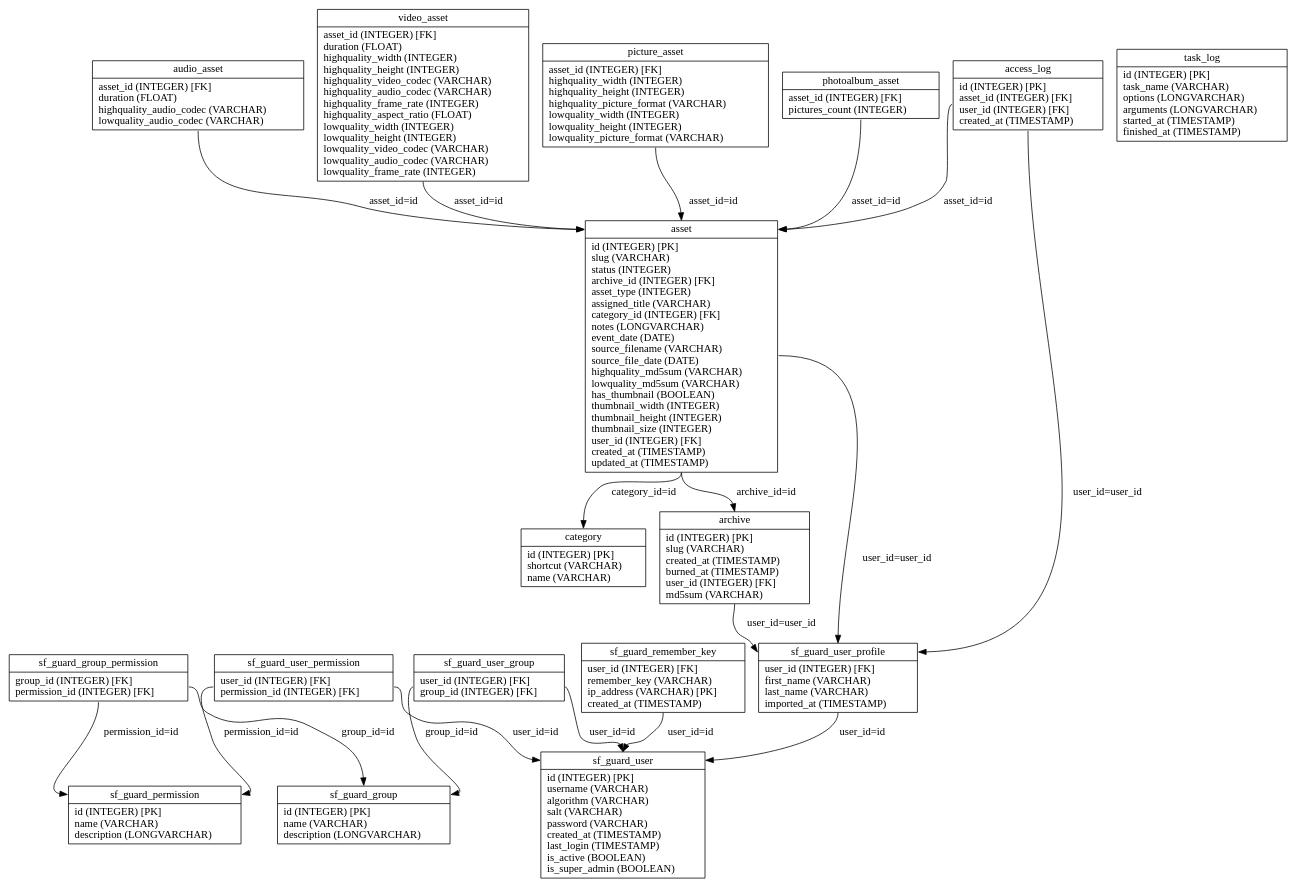
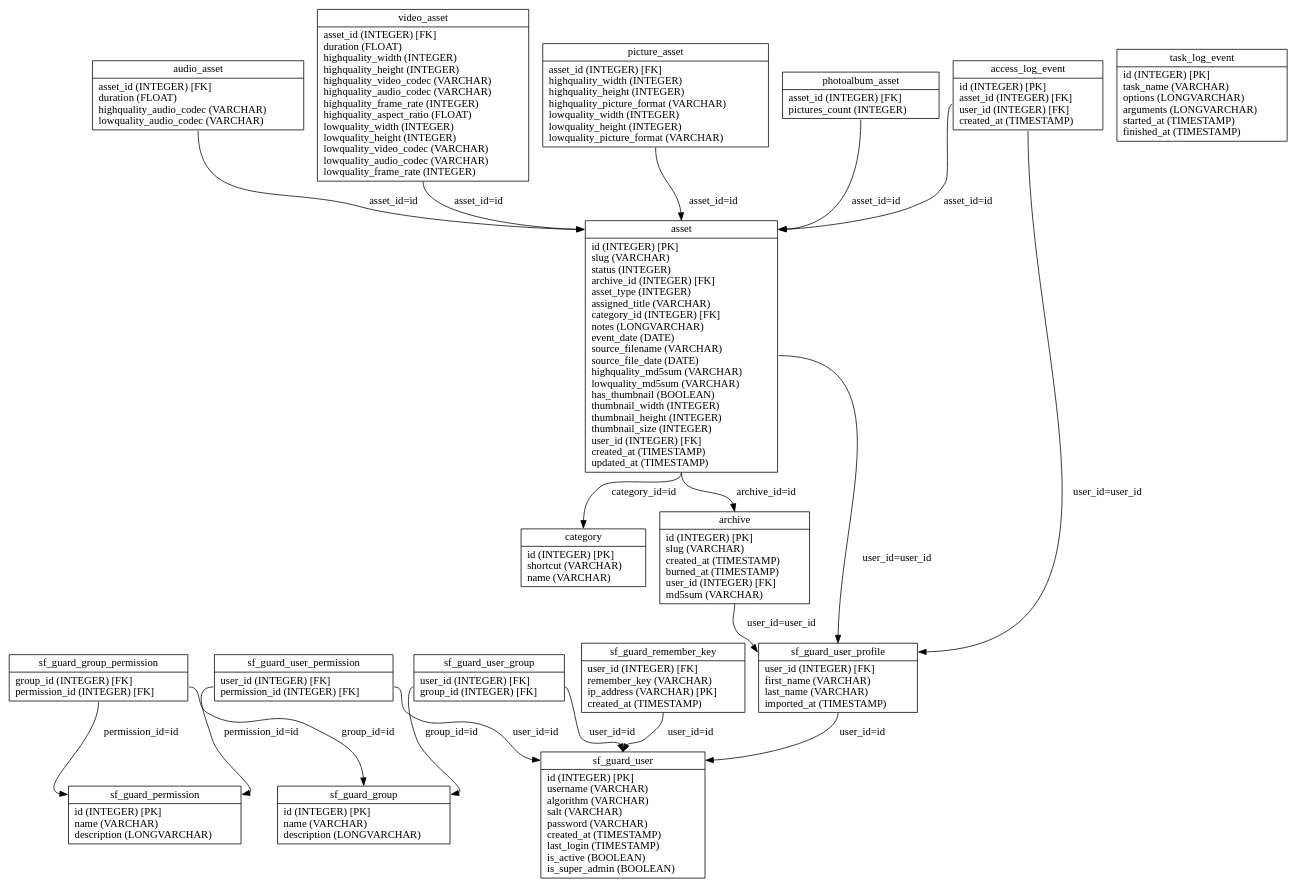
Before and after one commit to loristissino/wviola: the diagram in graph/propel.schema.dot, drawn with Graphviz. The commit also changed 14 other files, not shown here.

```diff
--- a/graph/propel.schema.dot
+++ b/graph/propel.schema.dot
@@ -1,38 +1,38 @@
 digraph G {
 nodesf_guard_group [label="{<table>sf_guard_group|<cols>id (INTEGER) [PK]\lname (VARCHAR)\ldescription (LONGVARCHAR)\l}", shape=record];
 nodesf_guard_permission [label="{<table>sf_guard_permission|<cols>id (INTEGER) [PK]\lname (VARCHAR)\ldescription (LONGVARCHAR)\l}", shape=record];
 nodesf_guard_group_permission [label="{<table>sf_guard_group_permission|<cols>group_id (INTEGER) [FK]\lpermission_id (INTEGER) [FK]\l}", shape=record];
 nodesf_guard_user [label="{<table>sf_guard_user|<cols>id (INTEGER) [PK]\lusername (VARCHAR)\lalgorithm (VARCHAR)\lsalt (VARCHAR)\lpassword (VARCHAR)\lcreated_at (TIMESTAMP)\llast_login (TIMESTAMP)\lis_active (BOOLEAN)\lis_super_admin (BOOLEAN)\l}", shape=record];
 nodesf_guard_user_permission [label="{<table>sf_guard_user_permission|<cols>user_id (INTEGER) [FK]\lpermission_id (INTEGER) [FK]\l}", shape=record];
 nodesf_guard_user_group [label="{<table>sf_guard_user_group|<cols>user_id (INTEGER) [FK]\lgroup_id (INTEGER) [FK]\l}", shape=record];
 nodesf_guard_remember_key [label="{<table>sf_guard_remember_key|<cols>user_id (INTEGER) [FK]\lremember_key (VARCHAR)\lip_address (VARCHAR) [PK]\lcreated_at (TIMESTAMP)\l}", shape=record];
 nodesf_guard_user_profile [label="{<table>sf_guard_user_profile|<cols>user_id (INTEGER) [FK]\lfirst_name (VARCHAR)\llast_name (VARCHAR)\limported_at (TIMESTAMP)\l}", shape=record];
 nodeasset [label="{<table>asset|<cols>id (INTEGER) [PK]\lslug (VARCHAR)\lstatus (INTEGER)\larchive_id (INTEGER) [FK]\lasset_type (INTEGER)\lassigned_title (VARCHAR)\lcategory_id (INTEGER) [FK]\lnotes (LONGVARCHAR)\levent_date (DATE)\lsource_filename (VARCHAR)\lsource_file_date (DATE)\lhighquality_md5sum (VARCHAR)\llowquality_md5sum (VARCHAR)\lhas_thumbnail (BOOLEAN)\lthumbnail_width (INTEGER)\lthumbnail_height (INTEGER)\lthumbnail_size (INTEGER)\luser_id (INTEGER) [FK]\lcreated_at (TIMESTAMP)\lupdated_at (TIMESTAMP)\l}", shape=record];
 nodevideo_asset [label="{<table>video_asset|<cols>asset_id (INTEGER) [FK]\lduration (FLOAT)\lhighquality_width (INTEGER)\lhighquality_height (INTEGER)\lhighquality_video_codec (VARCHAR)\lhighquality_audio_codec (VARCHAR)\lhighquality_frame_rate (INTEGER)\lhighquality_aspect_ratio (FLOAT)\llowquality_width (INTEGER)\llowquality_height (INTEGER)\llowquality_video_codec (VARCHAR)\llowquality_audio_codec (VARCHAR)\llowquality_frame_rate (INTEGER)\l}", shape=record];
 nodepicture_asset [label="{<table>picture_asset|<cols>asset_id (INTEGER) [FK]\lhighquality_width (INTEGER)\lhighquality_height (INTEGER)\lhighquality_picture_format (VARCHAR)\llowquality_width (INTEGER)\llowquality_height (INTEGER)\llowquality_picture_format (VARCHAR)\l}", shape=record];
 nodephotoalbum_asset [label="{<table>photoalbum_asset|<cols>asset_id (INTEGER) [FK]\lpictures_count (INTEGER)\l}", shape=record];
 nodeaudio_asset [label="{<table>audio_asset|<cols>asset_id (INTEGER) [FK]\lduration (FLOAT)\lhighquality_audio_codec (VARCHAR)\llowquality_audio_codec (VARCHAR)\l}", shape=record];
 nodearchive [label="{<table>archive|<cols>id (INTEGER) [PK]\lslug (VARCHAR)\lcreated_at (TIMESTAMP)\lburned_at (TIMESTAMP)\luser_id (INTEGER) [FK]\lmd5sum (VARCHAR)\l}", shape=record];
 nodecategory [label="{<table>category|<cols>id (INTEGER) [PK]\lshortcut (VARCHAR)\lname (VARCHAR)\l}", shape=record];
-nodeaccess_log [label="{<table>access_log|<cols>id (INTEGER) [PK]\lasset_id (INTEGER) [FK]\luser_id (INTEGER) [FK]\lcreated_at (TIMESTAMP)\l}", shape=record];
-nodetask_log [label="{<table>task_log|<cols>id (INTEGER) [PK]\ltask_name (VARCHAR)\loptions (LONGVARCHAR)\larguments (LONGVARCHAR)\lstarted_at (TIMESTAMP)\lfinished_at (TIMESTAMP)\l}", shape=record];
+nodeaccess_log_event [label="{<table>access_log_event|<cols>id (INTEGER) [PK]\lasset_id (INTEGER) [FK]\luser_id (INTEGER) [FK]\lcreated_at (TIMESTAMP)\l}", shape=record];
+nodetask_log_event [label="{<table>task_log_event|<cols>id (INTEGER) [PK]\ltask_name (VARCHAR)\loptions (LONGVARCHAR)\larguments (LONGVARCHAR)\lstarted_at (TIMESTAMP)\lfinished_at (TIMESTAMP)\l}", shape=record];
 
 nodesf_guard_group_permission:cols -> nodesf_guard_group:table [label="group_id=id "];
 nodesf_guard_group_permission:cols -> nodesf_guard_permission:table [label="permission_id=id "];
 nodesf_guard_user_permission:cols -> nodesf_guard_user:table [label="user_id=id "];
 nodesf_guard_user_permission:cols -> nodesf_guard_permission:table [label="permission_id=id "];
 nodesf_guard_user_group:cols -> nodesf_guard_user:table [label="user_id=id "];
 nodesf_guard_user_group:cols -> nodesf_guard_group:table [label="group_id=id "];
 nodesf_guard_remember_key:cols -> nodesf_guard_user:table [label="user_id=id "];
 nodesf_guard_user_profile:cols -> nodesf_guard_user:table [label="user_id=id "];
 nodeasset:cols -> nodearchive:table [label="archive_id=id "];
 nodeasset:cols -> nodecategory:table [label="category_id=id "];
 nodeasset:cols -> nodesf_guard_user_profile:table [label="user_id=user_id "];
 nodevideo_asset:cols -> nodeasset:table [label="asset_id=id "];
 nodepicture_asset:cols -> nodeasset:table [label="asset_id=id "];
 nodephotoalbum_asset:cols -> nodeasset:table [label="asset_id=id "];
 nodeaudio_asset:cols -> nodeasset:table [label="asset_id=id "];
 nodearchive:cols -> nodesf_guard_user_profile:table [label="user_id=user_id "];
-nodeaccess_log:cols -> nodeasset:table [label="asset_id=id "];
-nodeaccess_log:cols -> nodesf_guard_user_profile:table [label="user_id=user_id "];
+nodeaccess_log_event:cols -> nodeasset:table [label="asset_id=id "];
+nodeaccess_log_event:cols -> nodesf_guard_user_profile:table [label="user_id=user_id "];
 }
```
